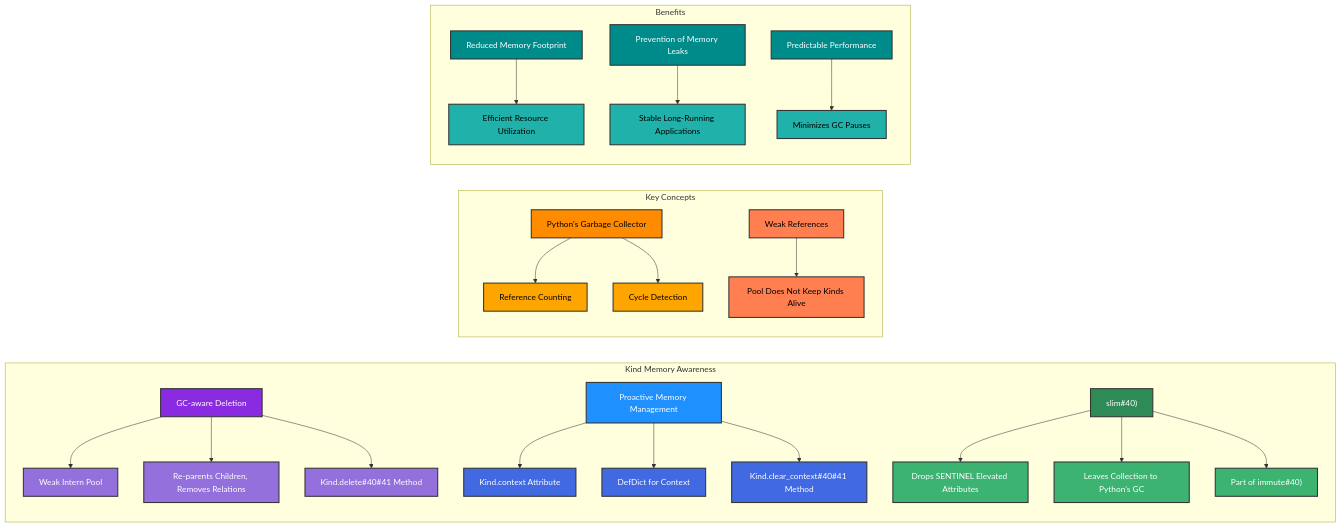
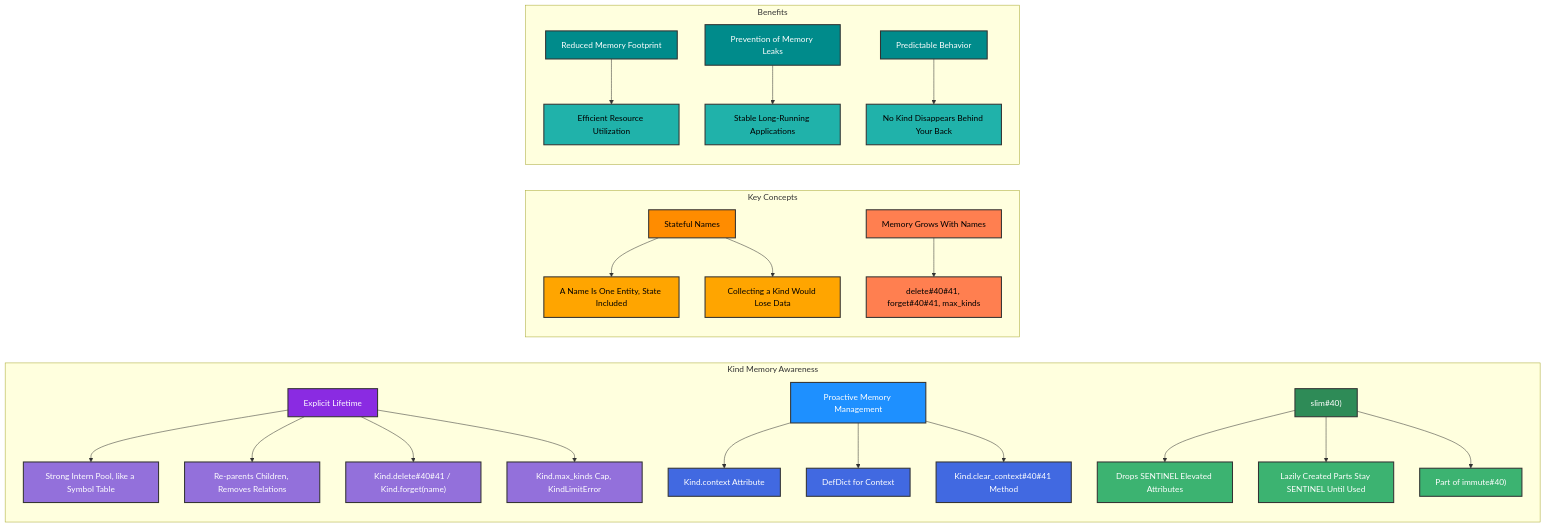
The diagram in docs/topics/10_memory_awareness/memory_awareness_overview.mmd (ikko/kind), drawn with Mermaid before and after one commit. The commit also changed 38 other files, not shown here.

First line of the commit message:
A name lives until it is deleted; equal values are one Kind; time views say what they return

```diff
--- a/docs/topics/10_memory_awareness/memory_awareness_overview.mmd
+++ b/docs/topics/10_memory_awareness/memory_awareness_overview.mmd
@@ -1,59 +1,61 @@
 graph LR
     subgraph "Kind Memory Awareness"
-        A[GC-aware Deletion] --> B[Weak Intern Pool];
+        A[Explicit Lifetime] --> B[Strong Intern Pool, like a Symbol Table];
         A --> C[Re-parents Children, Removes Relations];
-        A --> D[Kind.delete#40#41 Method];
+        A --> D[Kind.delete#40#41 / Kind.forget#40;name#41;];
+        A --> X[Kind.max_kinds Cap, KindLimitError];
 
         E[Proactive Memory Management] --> F[Kind.context Attribute];
         E --> G[DefDict for Context];
         E --> H[Kind.clear_context#40#41 Method];
 
         I[slim#40#41;] --> J[Drops SENTINEL Elevated Attributes];
-        I --> K[Leaves Collection to Python's GC];
+        I --> K[Lazily Created Parts Stay SENTINEL Until Used];
         I --> L[Part of immute#40#41;];
     end
 
     subgraph "Key Concepts"
-        M[Python's Garbage Collector] --> N[Reference Counting];
-        M --> O[Cycle Detection];
-        P[Weak References] --> Q[Pool Does Not Keep Kinds Alive];
+        M[Stateful Names] --> N[A Name Is One Entity, State Included];
+        M --> O[Collecting a Kind Would Lose Data];
+        P[Memory Grows With Names] --> Q[delete#40#41, forget#40#41, max_kinds];
     end
 
     subgraph "Benefits"
         R[Reduced Memory Footprint] --> S[Efficient Resource Utilization];
         T[Prevention of Memory Leaks] --> U[Stable Long-Running Applications];
-        V[Predictable Performance] --> W[Minimizes GC Pauses];
+        V[Predictable Behavior] --> W[No Kind Disappears Behind Your Back];
     end
 
     %% Core deletion functionality - purple theme
     style A fill:#8A2BE2,stroke:#333,stroke-width:2px,color:#FFFFFF;
     style B fill:#9370DB,stroke:#333,stroke-width:2px,color:#FFFFFF;
     style C fill:#9370DB,stroke:#333,stroke-width:2px,color:#FFFFFF;
     style D fill:#9370DB,stroke:#333,stroke-width:2px,color:#FFFFFF;
+    style X fill:#9370DB,stroke:#333,stroke-width:2px,color:#FFFFFF;
 
     %% Proactive management - blue theme
     style E fill:#1E90FF,stroke:#333,stroke-width:2px,color:#FFFFFF;
     style F fill:#4169E1,stroke:#333,stroke-width:2px,color:#FFFFFF;
     style G fill:#4169E1,stroke:#333,stroke-width:2px,color:#FFFFFF;
     style H fill:#4169E1,stroke:#333,stroke-width:2px,color:#FFFFFF;
 
     %% Utility functions - green theme
     style I fill:#2E8B57,stroke:#333,stroke-width:2px,color:#FFFFFF;
     style J fill:#3CB371,stroke:#333,stroke-width:2px,color:#FFFFFF;
     style K fill:#3CB371,stroke:#333,stroke-width:2px,color:#FFFFFF;
     style L fill:#3CB371,stroke:#333,stroke-width:2px,color:#FFFFFF;
 
     %% Python concepts - orange theme
     style M fill:#FF8C00,stroke:#333,stroke-width:2px,color:#000000;
     style N fill:#FFA500,stroke:#333,stroke-width:2px,color:#000000;
     style O fill:#FFA500,stroke:#333,stroke-width:2px,color:#000000;
     style P fill:#FF7F50,stroke:#333,stroke-width:2px,color:#000000;
     style Q fill:#FF7F50,stroke:#333,stroke-width:2px,color:#000000;
 
     %% Benefits - teal theme
     style R fill:#008B8B,stroke:#333,stroke-width:2px,color:#FFFFFF;
     style S fill:#20B2AA,stroke:#333,stroke-width:2px,color:#000000;
     style T fill:#008B8B,stroke:#333,stroke-width:2px,color:#FFFFFF;
     style U fill:#20B2AA,stroke:#333,stroke-width:2px,color:#000000;
     style V fill:#008B8B,stroke:#333,stroke-width:2px,color:#FFFFFF;
     style W fill:#20B2AA,stroke:#333,stroke-width:2px,color:#000000;
```
